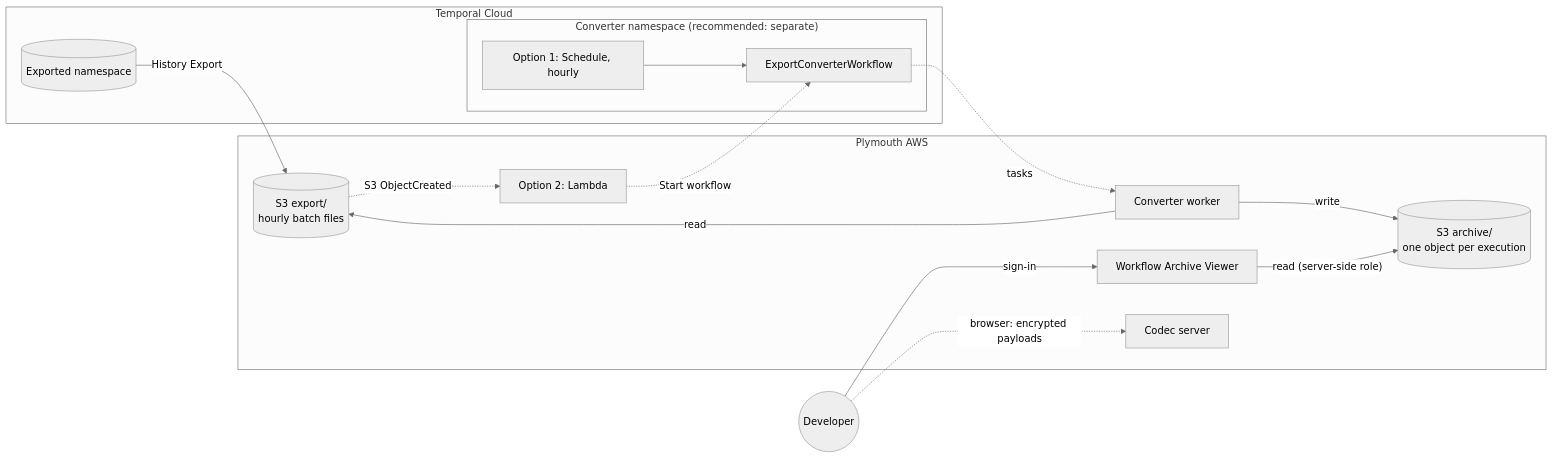
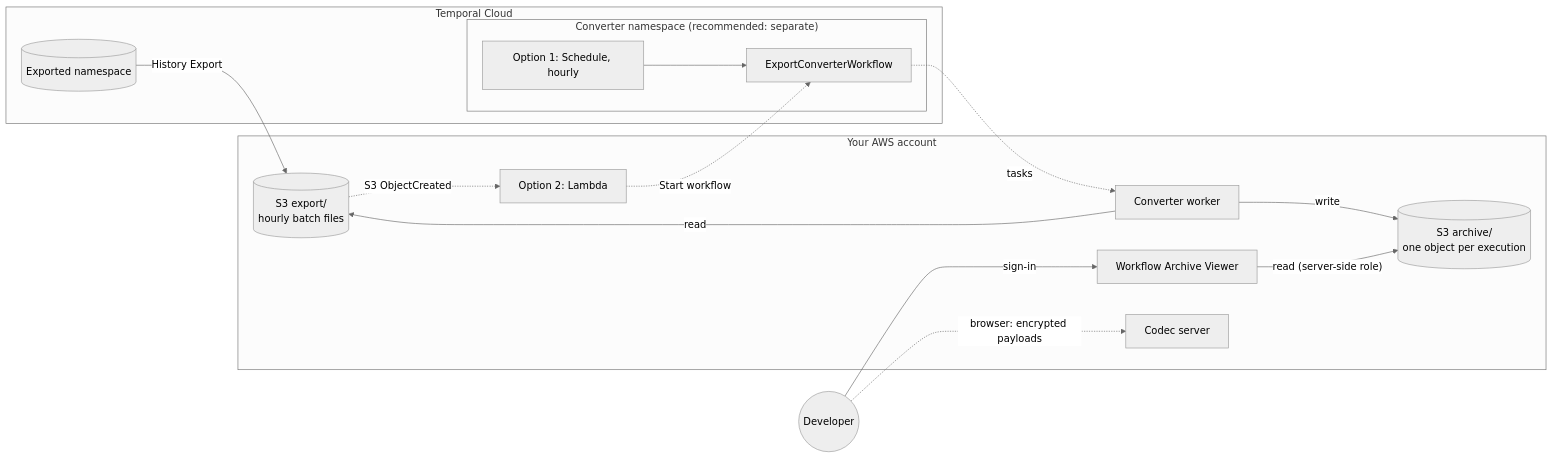
The first of 5 diagrams in s3-archive/README.md (technoidentity-kuncha/temporal-cloud-elk-kit), drawn with Mermaid (neutral theme) before and after one commit. The commit also changed other lines of this file and 2 other files, not shown here.

````diff
--- a/s3-archive/README.md
+++ b/s3-archive/README.md
@@ -11,26 +11,26 @@
 ```mermaid
 flowchart LR
   subgraph Cloud[Temporal Cloud]
     NS[(Exported namespace)]
     subgraph CNS["Converter namespace (recommended: separate)"]
       SCH["Option 1: Schedule, hourly"] --> WF[ExportConverterWorkflow]
     end
   end
-  subgraph AWS[Plymouth AWS]
+  subgraph AWS[Your AWS account]
     EXP[("S3 export/<br/>hourly batch files")]
     L["Option 2: Lambda"]
     W[Converter worker]
     ARC[("S3 archive/<br/>one object per execution")]
     V["Workflow Archive Viewer"]
     CS[Codec server]
   end
   NS -- "History Export" --> EXP
   EXP -. "S3 ObjectCreated" .-> L
   L -. "Start workflow" .-> WF
   WF -. tasks .-> W
   W -- read --> EXP
   W -- write --> ARC
   V -- "read (server-side role)" --> ARC
   Dev((Developer)) -- sign-in --> V
   Dev -. "browser: encrypted payloads" .-> CS
 ```
````
